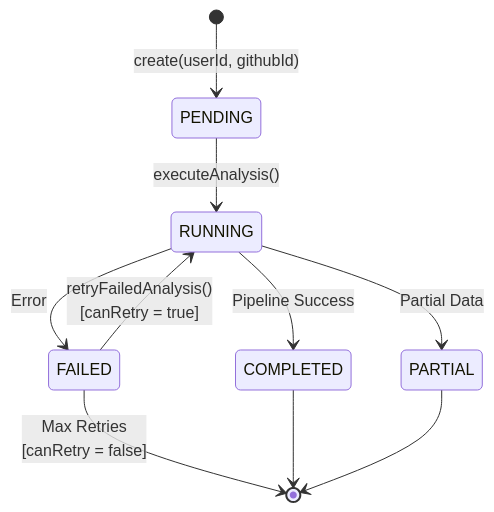
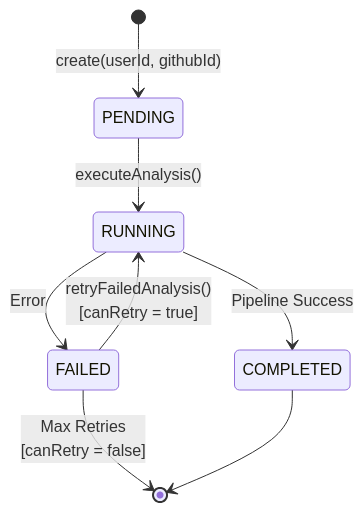
Before and after one commit to NotHyoone/OSS_Design: diagram 15 of 15 in Design_[22212046_안효원].md, drawn with Mermaid. The commit also changed other lines of this file and 2 other files, not shown here.

Commit message:
docs: sync design spec with implemented classes and flows

````diff
--- a/Design_[22212046_안효원].md
+++ b/Design_[22212046_안효원].md
@@ -1773,16 +1798,14 @@
 ```mermaid
 stateDiagram-v2
     [*] --> PENDING: create(userId, githubId)
 
     PENDING --> RUNNING: executeAnalysis()
 
     RUNNING --> COMPLETED: Pipeline Success
-    RUNNING --> PARTIAL: Partial Data
     RUNNING --> FAILED: Error
 
     FAILED --> RUNNING: retryFailedAnalysis()<br/>[canRetry = true]
     FAILED --> [*]: Max Retries<br/>[canRetry = false]
 
     COMPLETED --> [*]
-    PARTIAL --> [*]
 ```
````
